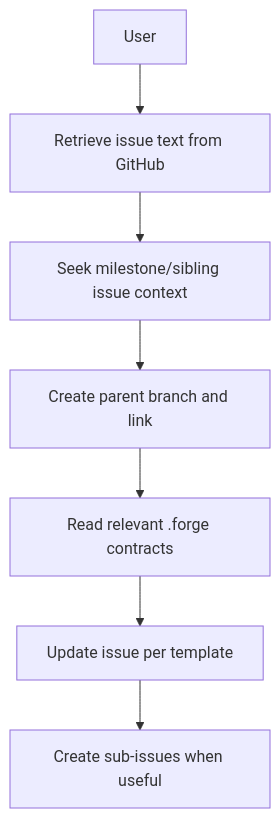
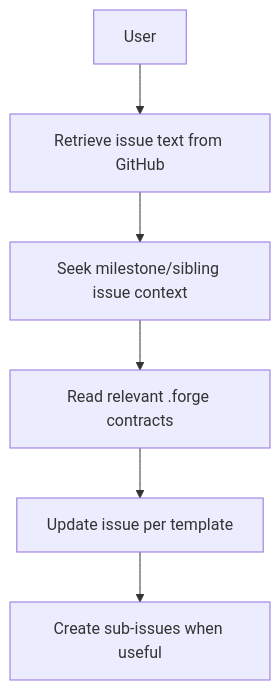
Before and after one commit to alto9/forge: the diagram in docs/agents/tech-writer.md, drawn with Mermaid. The commit also changed other lines of this file and 16 other files, not shown here.

````diff
--- a/docs/agents/tech-writer.md
+++ b/docs/agents/tech-writer.md
@@ -19,9 +19,8 @@
 ```mermaid
 flowchart TD
     A[User] --> B[Retrieve issue text from GitHub]
     B --> C[Seek milestone/sibling issue context]
-    C --> D[Create parent branch and link]
-    D --> E[Read relevant .forge contracts]
-    E --> F[Update issue per template]
-    F --> G[Create sub-issues when useful]
+    C --> D[Read relevant .forge contracts]
+    D --> E[Update issue per template]
+    E --> F[Create sub-issues when useful]
 ```
````
